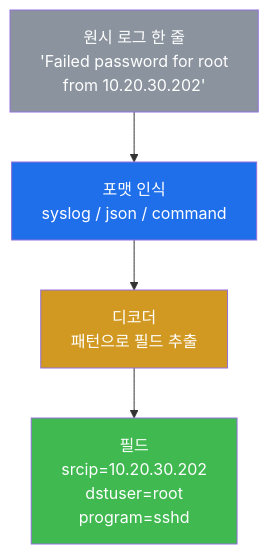
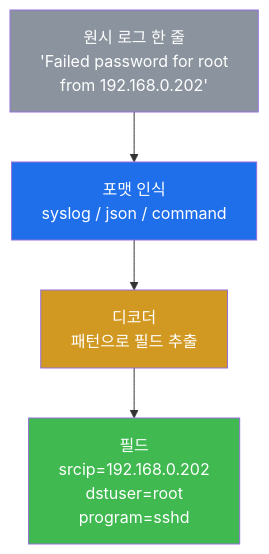
One commit to mrgrit/tw2 changed the third of 4 diagrams in contents/training/soc-adv/lecture_week12.md. Above: the diagram before and after it, drawn with Mermaid. The commit also changed other lines of this file and 28 other files, not shown here.

````diff
--- a/contents/training/soc-adv/lecture_week12.md
+++ b/contents/training/soc-adv/lecture_week12.md
@@ -160,12 +160,12 @@
 ```mermaid
 graph TD
-    RAW["원시 로그 한 줄<br/>'Failed password for root<br/>from 10.20.30.202'"]
+    RAW["원시 로그 한 줄<br/>'Failed password for root<br/>from 192.168.0.202'"]
     FMT["포맷 인식<br/>syslog / json / command"]
     DEC["디코더<br/>패턴으로 필드 추출"]
-    FIELDS["필드<br/>srcip=10.20.30.202<br/>dstuser=root<br/>program=sshd"]
+    FIELDS["필드<br/>srcip=192.168.0.202<br/>dstuser=root<br/>program=sshd"]
     RAW --> FMT --> DEC --> FIELDS
     style RAW fill:#8b949e,color:#fff
     style FMT fill:#1f6feb,color:#fff
     style DEC fill:#d29922,color:#fff
     style FIELDS fill:#3fb950,color:#fff
 ```
````
